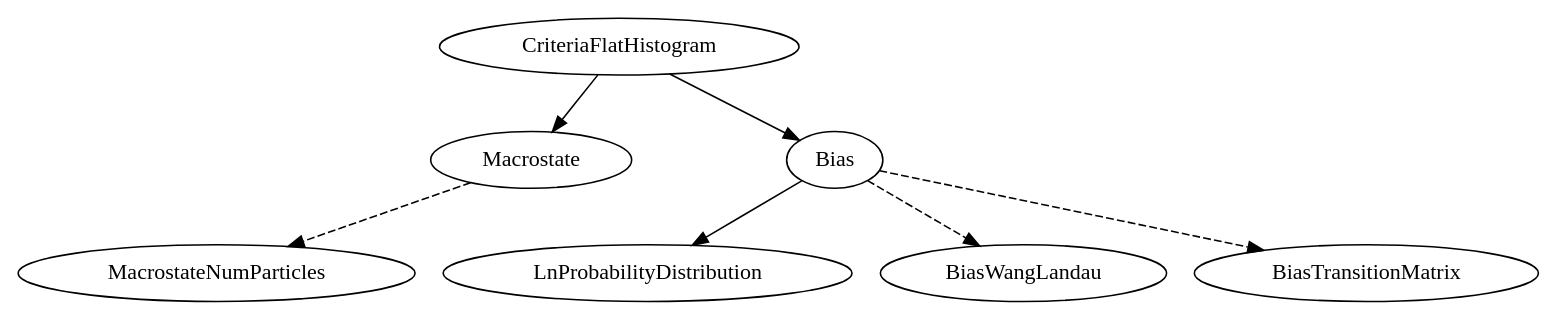
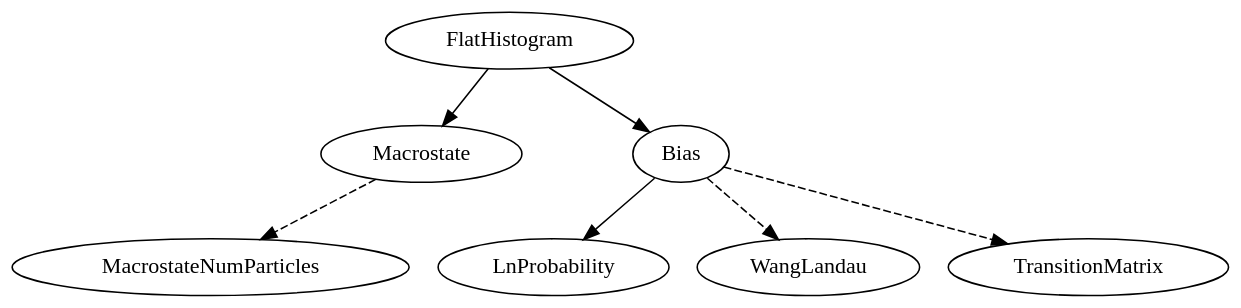
Before and after one commit to usnistgov/feasst: the diagram in plugin/flat_histogram/doc/flat_histogram.dot, drawn with Graphviz. The commit also changed 204 other files, not shown here.

Commit message:
Tutorial ipynb, html rtd theme, pip install, ewald debug, flat histogram renames and reweight.

```diff
--- a/plugin/flat_histogram/doc/flat_histogram.dot
+++ b/plugin/flat_histogram/doc/flat_histogram.dot
@@ -1,12 +1,13 @@
 digraph parallel {
-  critfh [label="CriteriaFlatHistogram"];
+  bgcolor=transparent
+  critfh [label="FlatHistogram"];
   macro [label="Macrostate"];
   bias [label="Bias"];
 
   critfh -> macro
   critfh -> bias
   macro -> MacrostateNumParticles [style="dashed"]
-  bias -> LnProbabilityDistribution
-  bias -> BiasWangLandau [style="dashed"]
-  bias -> BiasTransitionMatrix [style="dashed"]
+  bias -> LnProbability
+  bias -> WangLandau [style="dashed"]
+  bias -> TransitionMatrix [style="dashed"]
 }
```
